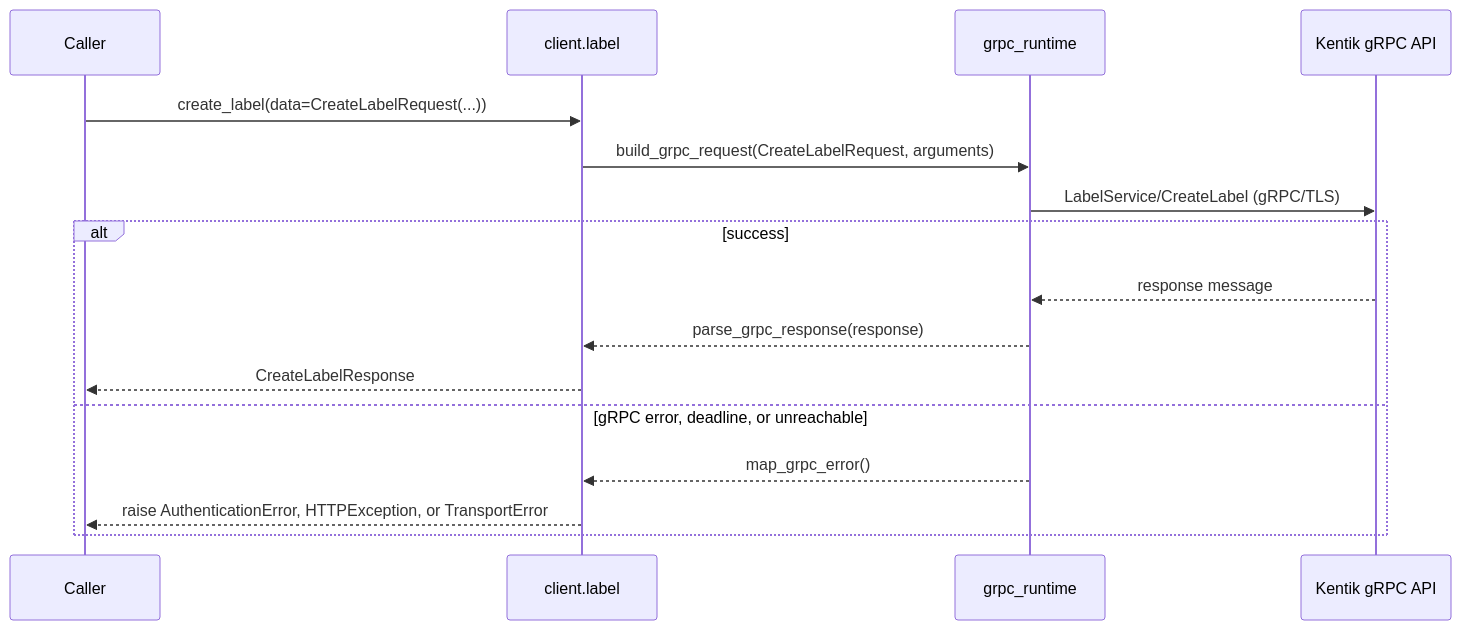
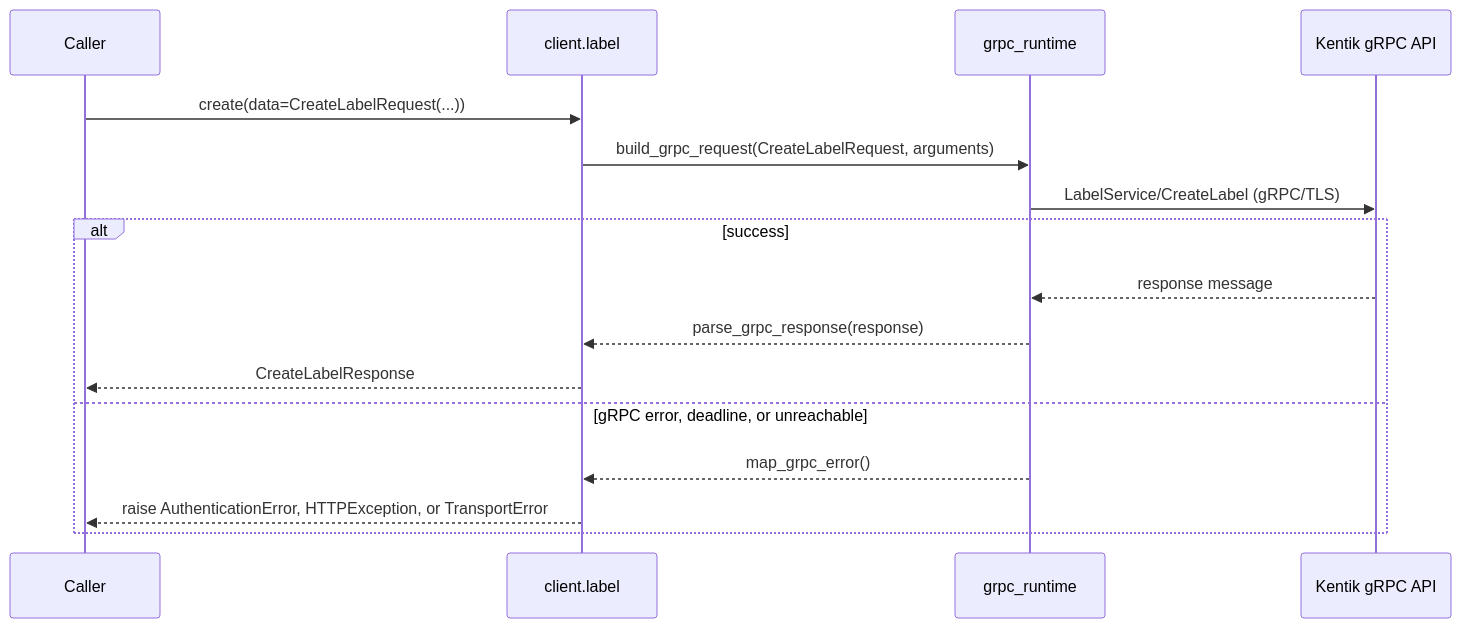
One commit to alexdearaujo/community_sdk_python changed the fifth of 10 diagrams in docs/sphinx/services/label.md. Above: the diagram before and after it, drawn with Mermaid. The commit also changed other lines of this file and 119 other files, not shown here.

````diff
--- a/docs/sphinx/services/label.md
+++ b/docs/sphinx/services/label.md
@@ -127,19 +127,19 @@
 ```mermaid
 sequenceDiagram
     participant C as Caller
     participant W as client.label
     participant R as grpc_runtime
     participant API as Kentik gRPC API
 
-    C->>W: create_label(data=CreateLabelRequest(...))
+    C->>W: create(data=CreateLabelRequest(...))
     W->>R: build_grpc_request(CreateLabelRequest, arguments)
     R->>API: LabelService/CreateLabel (gRPC/TLS)
     alt success
         API-->>R: response message
         R-->>W: parse_grpc_response(response)
         W-->>C: CreateLabelResponse
     else gRPC error, deadline, or unreachable
         R-->>W: map_grpc_error()
         W-->>C: raise AuthenticationError, HTTPException, or TransportError
     end
 ```
````
